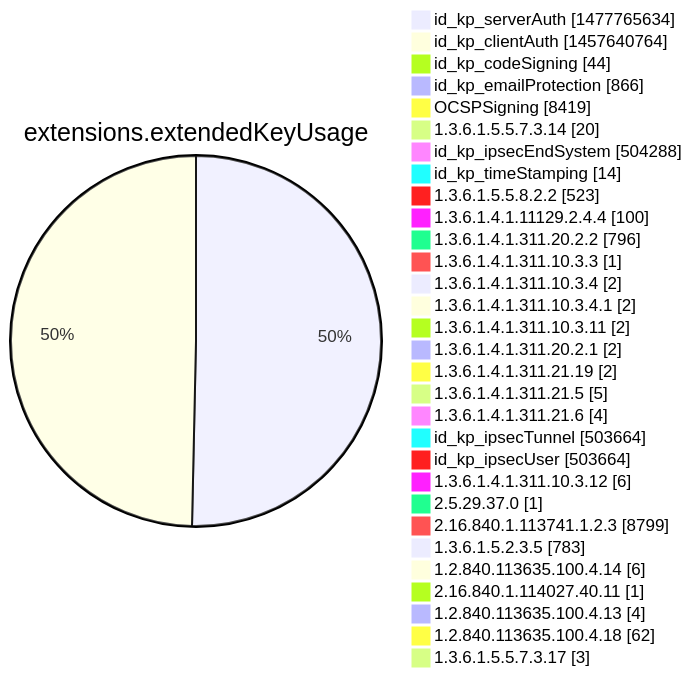
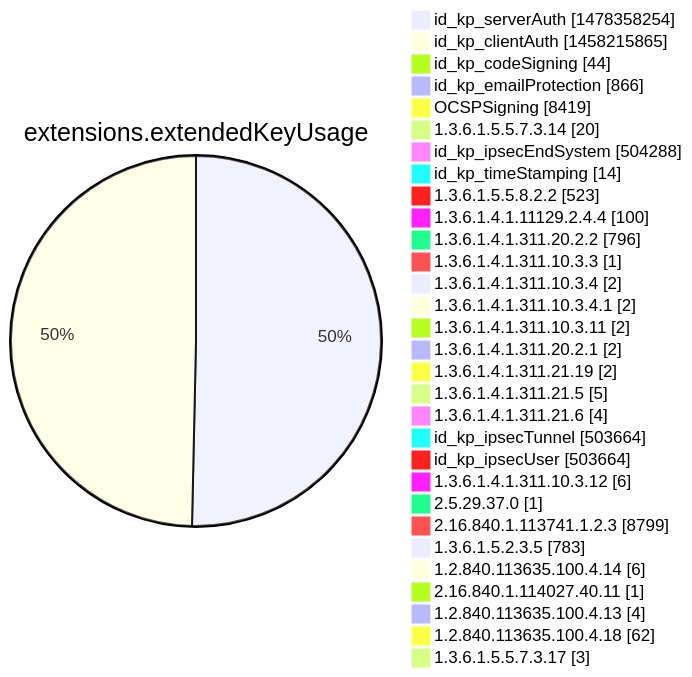
One commit to christiankrug/ctmonitor_visualization changed diagram 12 of 15 in argon2022/README.md. Above: the diagram before and after it, drawn with Mermaid. The commit also changed other lines of this file, not shown here.

````diff
--- a/argon2022/README.md
+++ b/argon2022/README.md
@@ -3555,34 +3555,34 @@
 ```mermaid
 pie showData
 title extensions.extendedKeyUsage
-"id_kp_serverAuth" :1477765634
-"id_kp_clientAuth" :1457640764
+"id_kp_serverAuth" :1478358254
+"id_kp_clientAuth" :1458215865
 "id_kp_codeSigning" :44
 "id_kp_emailProtection" :866
 "OCSPSigning" :8419
 "1.3.6.1.5.5.7.3.14" :20
 "id_kp_ipsecEndSystem" :504288
 "id_kp_timeStamping" :14
 "1.3.6.1.5.5.8.2.2" :523
 "1.3.6.1.4.1.11129.2.4.4" :100
 "1.3.6.1.4.1.311.20.2.2" :796
 "1.3.6.1.4.1.311.10.3.3" :1
 "1.3.6.1.4.1.311.10.3.4" :2
 "1.3.6.1.4.1.311.10.3.4.1" :2
 "1.3.6.1.4.1.311.10.3.11" :2
 "1.3.6.1.4.1.311.20.2.1" :2
 "1.3.6.1.4.1.311.21.19" :2
 "1.3.6.1.4.1.311.21.5" :5
 "1.3.6.1.4.1.311.21.6" :4
 "id_kp_ipsecTunnel" :503664
 "id_kp_ipsecUser" :503664
 "1.3.6.1.4.1.311.10.3.12" :6
 "2.5.29.37.0" :1
 "2.16.840.1.113741.1.2.3" :8799
 "1.3.6.1.5.2.3.5" :783
 "1.2.840.113635.100.4.14" :6
 "2.16.840.1.114027.40.11" :1
 "1.2.840.113635.100.4.13" :4
 "1.2.840.113635.100.4.18" :62
 "1.3.6.1.5.5.7.3.17" :3
 ```
````
